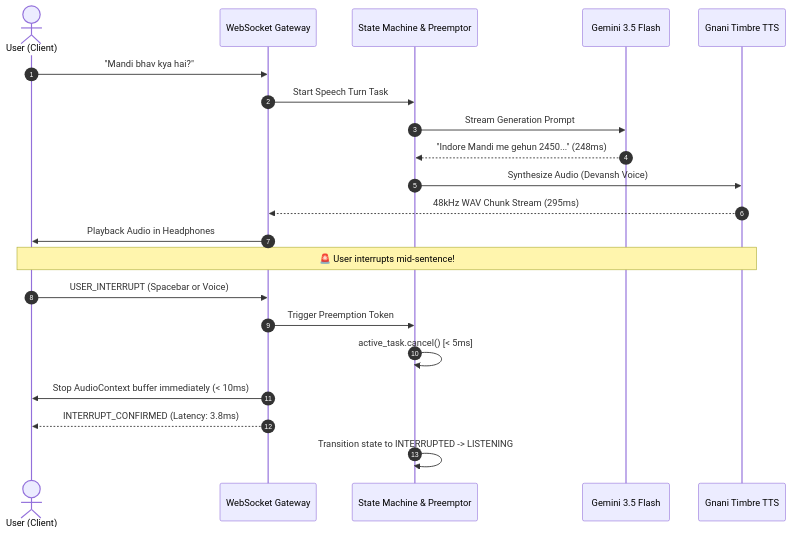
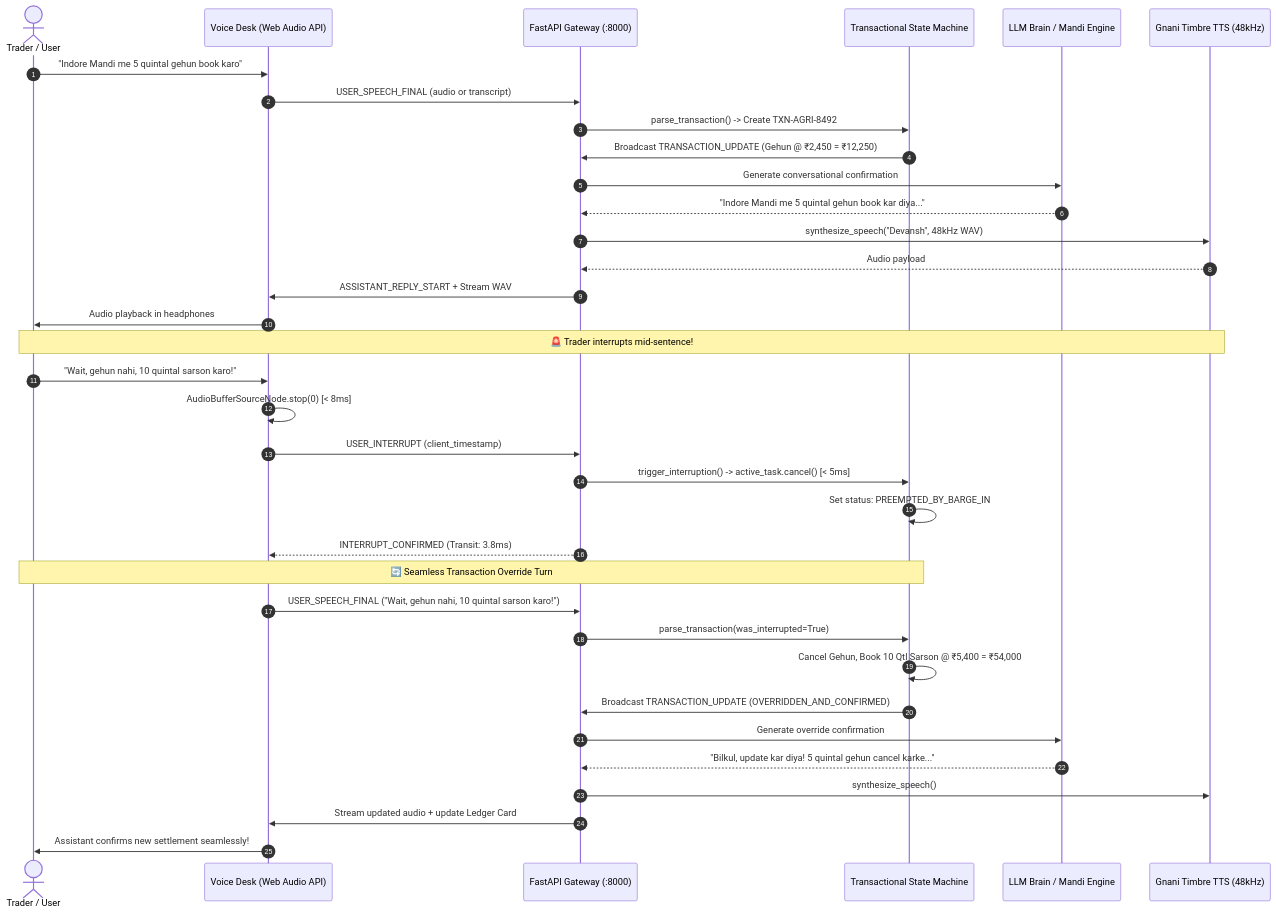
The diagram in README.md (moidsufyan007-rgb/DuplexVani), drawn with Mermaid before and after one commit. The commit also changed other lines of this file, not shown here.

Commit message:
docs: comprehensive update of README with Bharat enterprise voice desk, APMC Mandi ledger, and barge-in preemption

````diff
--- a/README.md
+++ b/README.md
@@ -115,25 +118,40 @@
 ```mermaid
 sequenceDiagram
     autonumber
-    actor User as User (Client)
-    participant WS as WebSocket Gateway
-    participant State as State Machine & Preemptor
-    participant Gemini as Gemini 3.5 Flash
-    participant Timbre as Gnani Timbre TTS
+    actor Trader as Trader / User
+    participant Browser as Voice Desk (Web Audio API)
+    participant Edge as FastAPI Gateway (:8000)
+    participant StateMachine as Transactional State Machine
+    participant Brain as LLM Brain / Mandi Engine
+    participant Timbre as Gnani Timbre TTS (48kHz)
 
-    User->>WS: "Mandi bhav kya hai?"
-    WS->>State: Start Speech Turn Task
-    State->>Gemini: Stream Generation Prompt
-    Gemini-->>State: "Indore Mandi me gehun 2450..." (248ms)
-    State->>Timbre: Synthesize Audio (Devansh Voice)
-    Timbre-->>WS: 48kHz WAV Chunk Stream (295ms)
-    WS->>User: Playback Audio in Headphones
+    Trader->>Browser: "Indore Mandi me 5 quintal gehun book karo"
+    Browser->>Edge: USER_SPEECH_FINAL (audio or transcript)
+    Edge->>StateMachine: parse_transaction() -> Create TXN-AGRI-8492
+    StateMachine->>Edge: Broadcast TRANSACTION_UPDATE (Gehun @ ₹2,450 = ₹12,250)
+    Edge->>Brain: Generate conversational confirmation
+    Brain-->>Edge: "Indore Mandi me 5 quintal gehun book kar diya..."
+    Edge->>Timbre: synthesize_speech("Devansh", 48kHz WAV)
+    Timbre-->>Edge: Audio payload
+    Edge->>Browser: ASSISTANT_REPLY_START + Stream WAV
+    Browser->>Trader: Audio playback in headphones
+
+    Note over Trader,Timbre: 🚨 Trader interrupts mid-sentence!
+    Trader->>Browser: "Wait, gehun nahi, 10 quintal sarson karo!"
+    Browser->>Browser: AudioBufferSourceNode.stop(0) [< 8ms]
+    Browser->>Edge: USER_INTERRUPT (client_timestamp)
+    Edge->>StateMachine: trigger_interruption() -> active_task.cancel() [< 5ms]
+    StateMachine->>StateMachine: Set status: PREEMPTED_BY_BARGE_IN
+    Edge-->>Browser: INTERRUPT_CONFIRMED (Transit: 3.8ms)
     
-    Note over User,Timbre: 🚨 User interrupts mid-sentence!
-    User->>WS: USER_INTERRUPT (Spacebar or Voice)
-    WS->>State: Trigger Preemption Token
-    State->>State: active_task.cancel() [< 5ms]
-    WS->>User: Stop AudioContext buffer immediately (< 10ms)
-    WS-->>User: INTERRUPT_CONFIRMED (Latency: 3.8ms)
-    State->>State: Transition state to INTERRUPTED -> LISTENING
+    Note over Trader,StateMachine: 🔄 Seamless Transaction Override Turn
+    Browser->>Edge: USER_SPEECH_FINAL ("Wait, gehun nahi, 10 quintal sarson karo!")
+    Edge->>StateMachine: parse_transaction(was_interrupted=True)
+    StateMachine->>StateMachine: Cancel Gehun, Book 10 Qtl Sarson @ ₹5,400 = ₹54,000
+    StateMachine->>Edge: Broadcast TRANSACTION_UPDATE (OVERRIDDEN_AND_CONFIRMED)
+    Edge->>Brain: Generate override confirmation
+    Brain-->>Edge: "Bilkul, update kar diya! 5 quintal gehun cancel karke..."
+    Edge->>Timbre: synthesize_speech()
+    Edge->>Browser: Stream updated audio + update Ledger Card
+    Browser->>Trader: Assistant confirms new settlement seamlessly!
 ```
````
